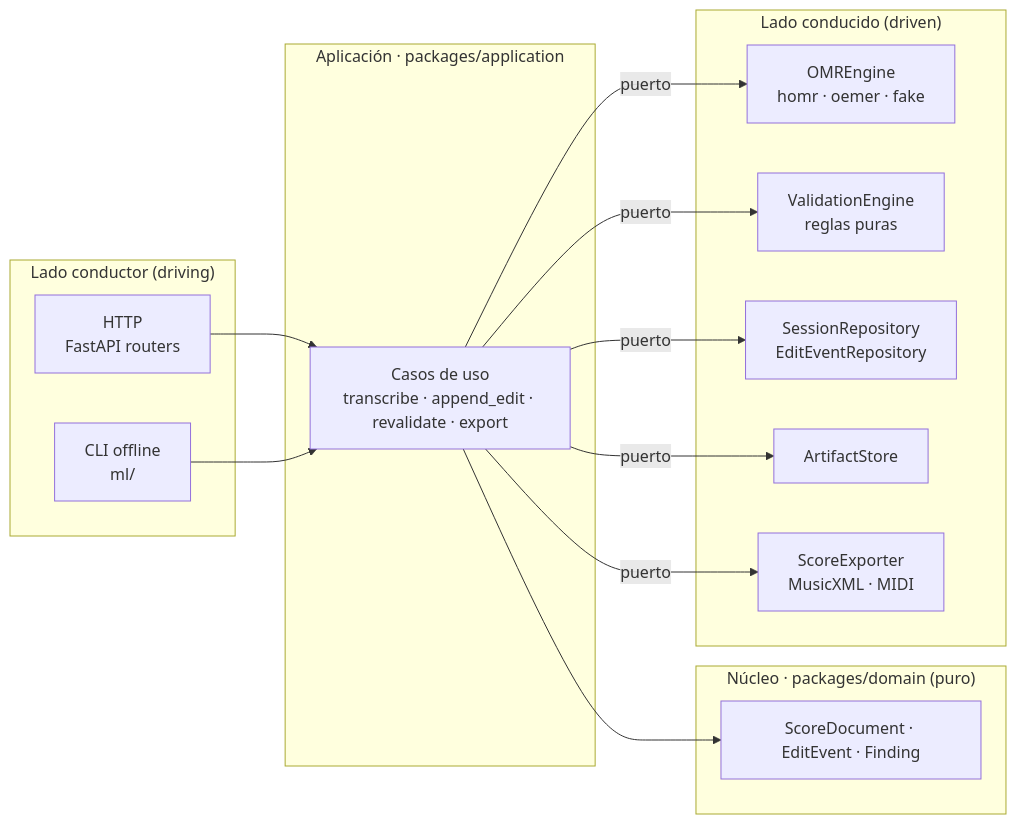
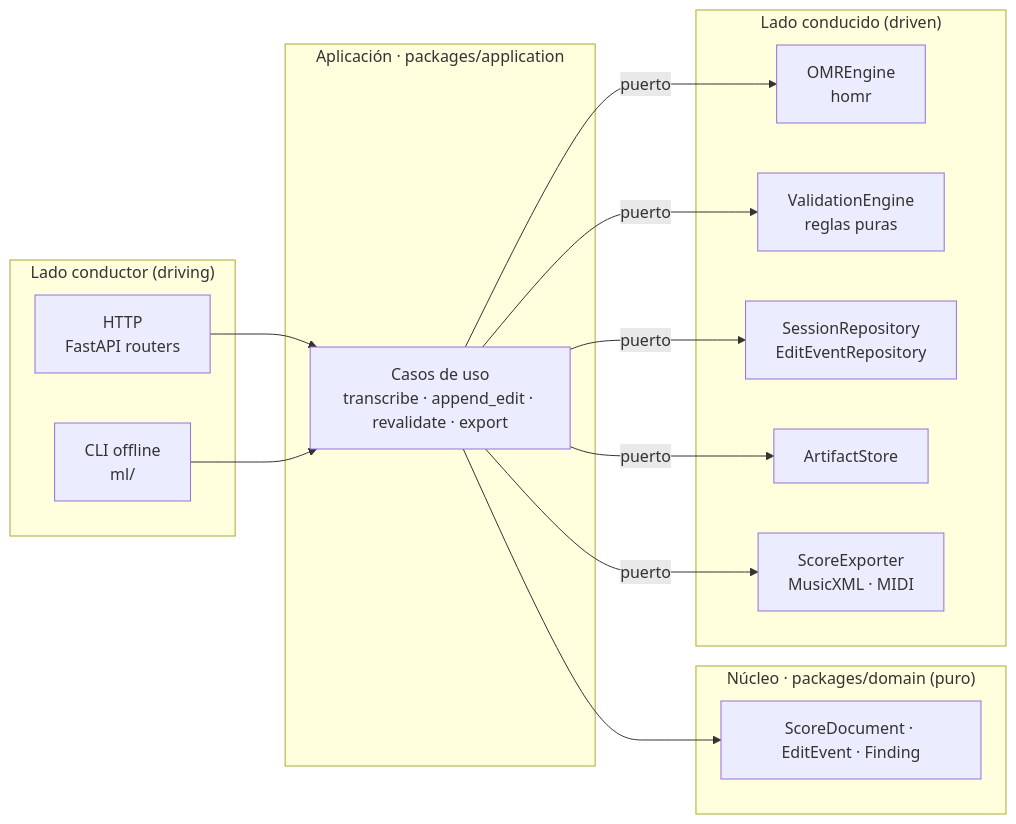
One commit to sebdavid3/Cadenza changed the first of 10 diagrams in docs/ARCHITECTURE.md. Above: the diagram before and after it, drawn with Mermaid. The commit also changed other lines of this file and 62 other files, not shown here.

First line of the commit message:
refactor(omr): HOMR como único motor; eliminar oemer y sacar el motor fake del producto (#130) (#132)

````diff
--- a/docs/ARCHITECTURE.md
+++ b/docs/ARCHITECTURE.md
@@ -112,32 +112,32 @@
 ```mermaid
 flowchart LR
     subgraph Driving["Lado conductor (driving)"]
         HTTP["HTTP<br/>FastAPI routers"]
         CLI["CLI offline<br/>ml/"]
     end
 
     subgraph App["Aplicación · packages/application"]
         UC["Casos de uso<br/>transcribe · append_edit · revalidate · export"]
     end
 
     subgraph Core["Núcleo · packages/domain (puro)"]
         SD["ScoreDocument · EditEvent · Finding"]
     end
 
     subgraph Driven["Lado conducido (driven)"]
-        OMRA["OMREngine<br/>homr · oemer · fake"]
+        OMRA["OMREngine<br/>homr"]
         VAL["ValidationEngine<br/>reglas puras"]
         REPO["SessionRepository<br/>EditEventRepository"]
         STORE["ArtifactStore"]
         EXP["ScoreExporter<br/>MusicXML · MIDI"]
     end
 
     HTTP --> UC
     CLI --> UC
     UC --> SD
     UC -->|puerto| OMRA
     UC -->|puerto| VAL
     UC -->|puerto| REPO
     UC -->|puerto| STORE
     UC -->|puerto| EXP
 ```
````
